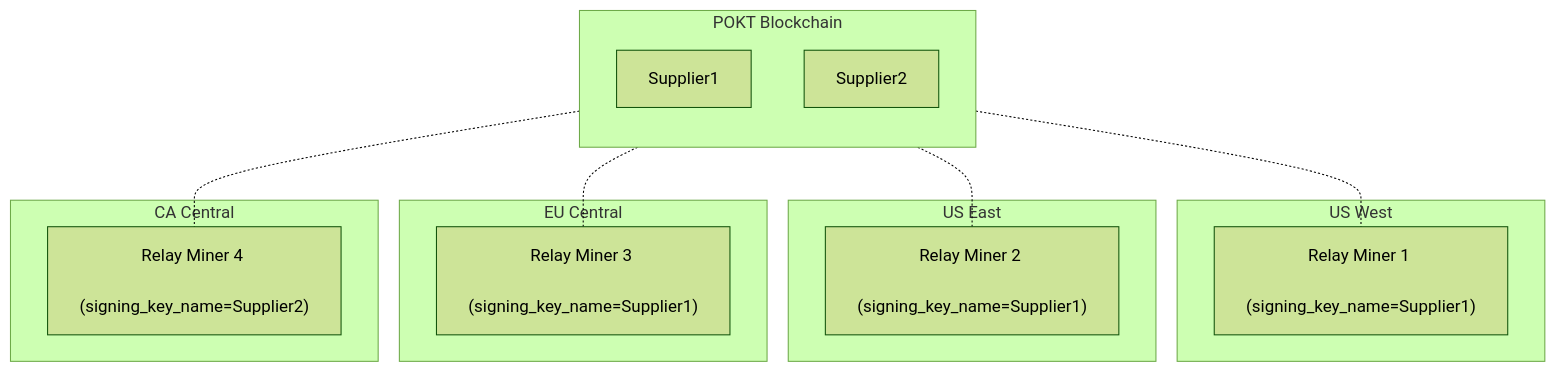
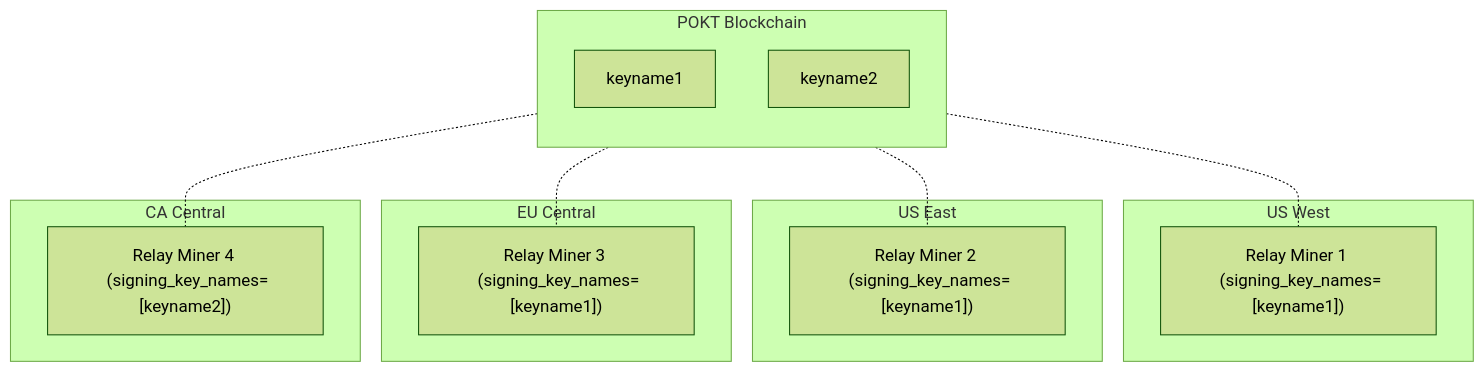
The third of 3 diagrams in docusaurus/docs/operate/configs/relayminer_config.md (pokt-network/poktroll), drawn with Mermaid (forest theme) before and after one commit. The commit also changed other lines of this file and 51 other files, not shown here.

Commit message:
[RelayMiner] LeanClient (#567)

````diff
--- a/docusaurus/docs/operate/configs/relayminer_config.md
+++ b/docusaurus/docs/operate/configs/relayminer_config.md
@@ -126,30 +417,30 @@
 ```mermaid
 flowchart
 
     subgraph USW[US West]
-        RM1["Relay Miner 1 <br> (signing_key_name=Supplier1)"]
+        RM1["Relay Miner 1 <br> (signing_key_names=[keyname1])"]
     end
 
     subgraph USE[US East]
-        RM2["Relay Miner 2 <br> (signing_key_name=Supplier1)"]
+        RM2["Relay Miner 2 <br> (signing_key_names=[keyname1])"]
     end
 
     subgraph EUC[EU Central]
-        RM3["Relay Miner 3 <br> (signing_key_name=Supplier1)"]
+        RM3["Relay Miner 3 <br> (signing_key_names=[keyname1])"]
     end
 
     subgraph CAC[CA Central]
-        RM4["Relay Miner 4 <br> (signing_key_name=Supplier2)"]
+        RM4["Relay Miner 4 <br> (signing_key_names=[keyname2])"]
     end
 
     subgraph PB[POKT Blockchain]
         direction TB
-        S1[Supplier1]
-        S2[Supplier2]
+        S1[keyname1]
+        S2[keyname2]
     end
 
     S1 -.- RM1
     S1 -.- RM2
     S1 -.- RM3
     S2 -.- RM4
 ```
````
